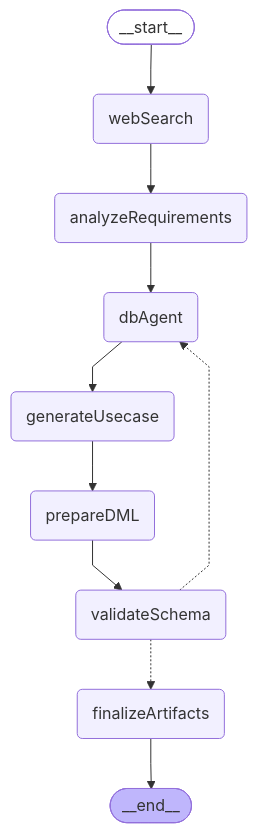
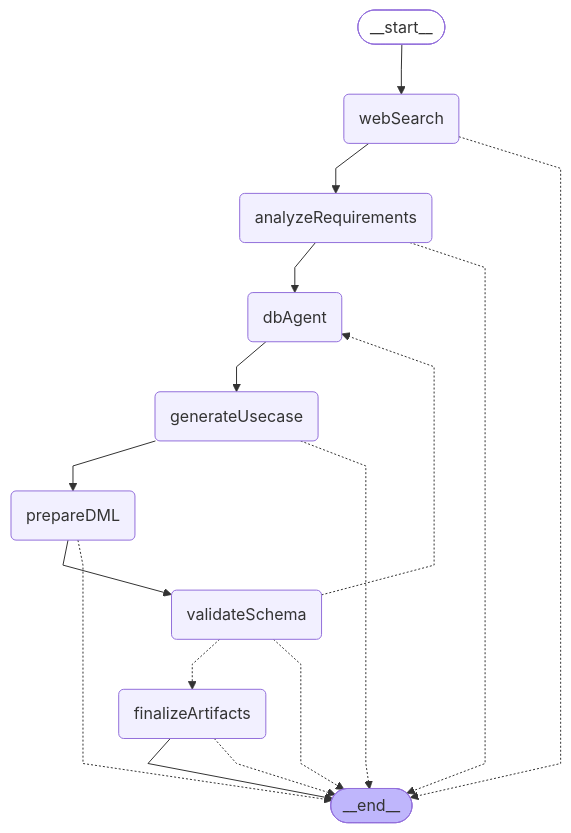
One commit to yzkee/liam changed the first of 2 diagrams in frontend/internal-packages/agent/src/chat/workflow/README.md. Above: the diagram before and after it, drawn with Mermaid. The commit also changed 3 other files, not shown here.

First line of the commit message:
🧪 Update graph tests and documentation for LangGraph Command pattern

````diff
--- a/frontend/internal-packages/agent/src/chat/workflow/README.md
+++ b/frontend/internal-packages/agent/src/chat/workflow/README.md
@@ -7,25 +7,31 @@
 ```mermaid
 %%{init: {'flowchart': {'curve': 'linear'}}}%%
 graph TD;
 	__start__([<p>__start__</p>]):::first
 	webSearch(webSearch)
 	analyzeRequirements(analyzeRequirements)
 	dbAgent(dbAgent)
 	generateUsecase(generateUsecase)
 	prepareDML(prepareDML)
 	validateSchema(validateSchema)
 	finalizeArtifacts(finalizeArtifacts)
 	__end__([<p>__end__</p>]):::last
 	__start__ --> webSearch;
 	analyzeRequirements --> dbAgent;
 	dbAgent --> generateUsecase;
 	finalizeArtifacts --> __end__;
 	generateUsecase --> prepareDML;
 	prepareDML --> validateSchema;
 	webSearch --> analyzeRequirements;
 	validateSchema -.-> dbAgent;
 	validateSchema -.-> finalizeArtifacts;
+	webSearch -.-> __end__;
+	analyzeRequirements -.-> __end__;
+	generateUsecase -.-> __end__;
+	prepareDML -.-> __end__;
+	validateSchema -.-> __end__;
+	finalizeArtifacts -.-> __end__;
 	classDef default fill:#f2f0ff,line-height:1.2;
 	classDef first fill-opacity:0;
 	classDef last fill:#bfb6fc;
 ```
````
